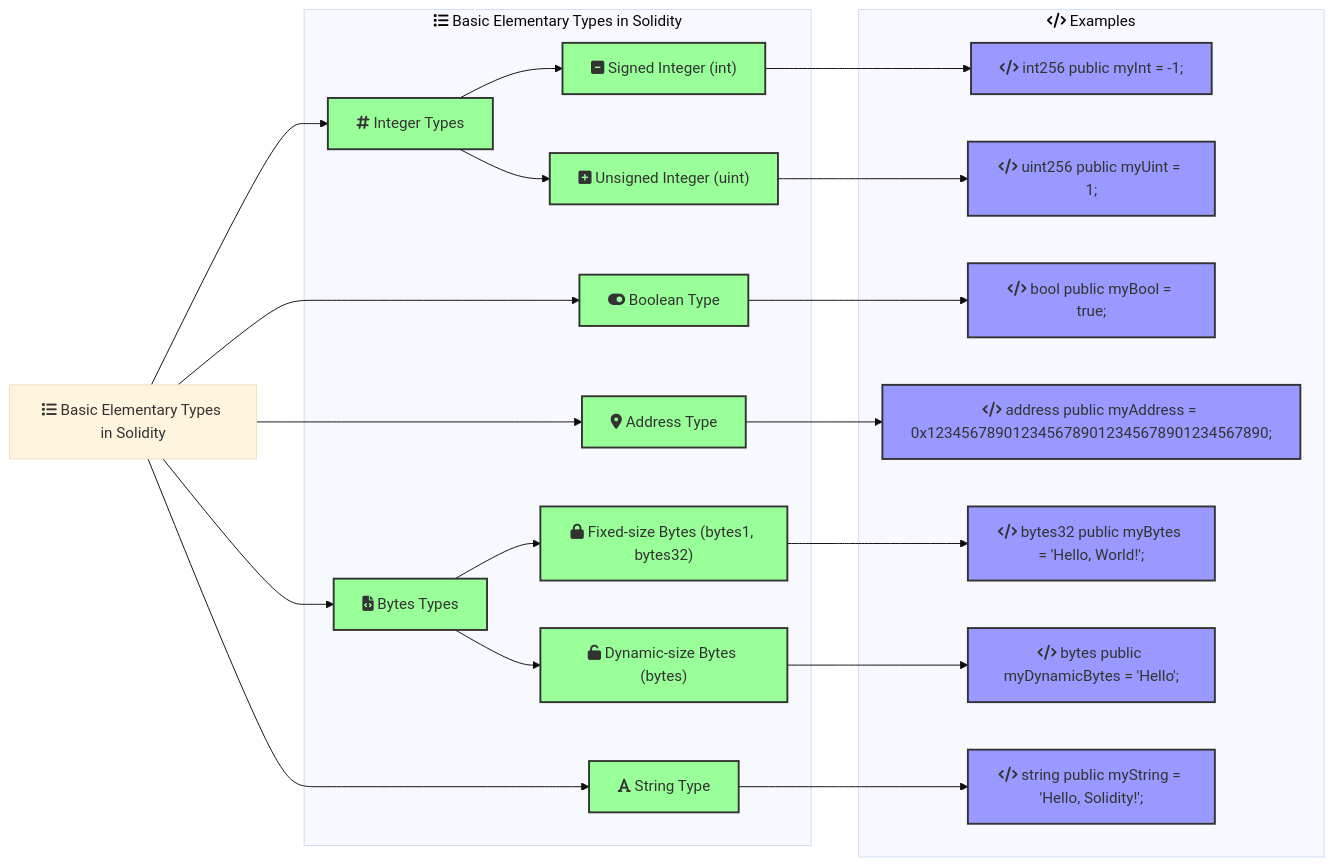
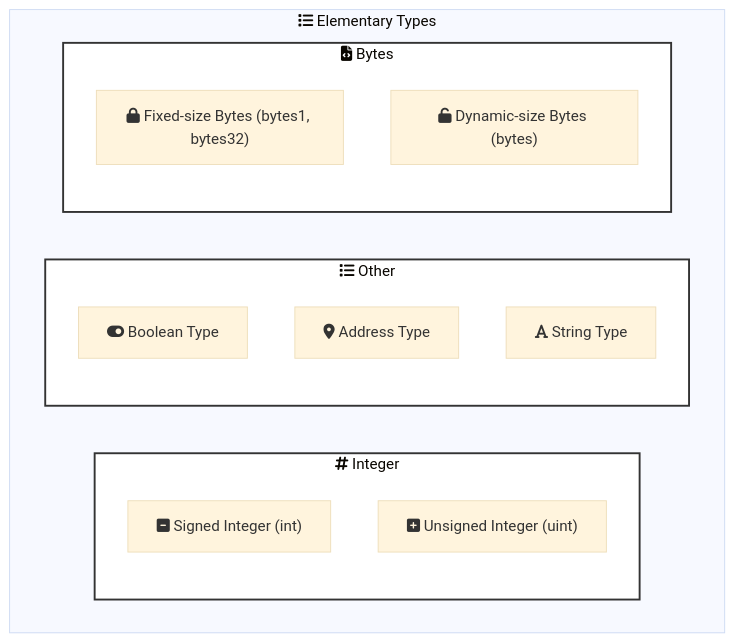
One commit to kelvin-bz/blog changed the third of 13 diagrams in _posts/2024-07-07-introduction-to-solidity.md. Above: the diagram before and after it, drawn with Mermaid (base theme). The commit also changed other lines of this file, not shown here.

Commit message:
Remove redundant text, chapters, make it basic

````diff
--- a/_posts/2024-07-07-introduction-to-solidity.md
+++ b/_posts/2024-07-07-introduction-to-solidity.md
@@ -335,66 +121,35 @@
 ```mermaid
-graph LR
-    classDef type fill:#9f9,stroke:#333,stroke-width:2px;
-    classDef example fill:#99f,stroke:#333,stroke-width:2px;
+graph 
 
-    solidityTypes["fa:fa-list Basic Elementary Types in Solidity"]
     integerTypes["fa:fa-hashtag Integer Types"]:::type
     signedInteger["fa:fa-minus-square Signed Integer (int)"]:::type
     unsignedInteger["fa:fa-plus-square Unsigned Integer (uint)"]:::type
     booleanType["fa:fa-toggle-on Boolean Type"]:::type
     addressType["fa:fa-map-marker-alt Address Type"]:::type
-    bytesTypes["fa:fa-file-code Bytes Types"]:::type
     fixedBytes["fa:fa-lock Fixed-size Bytes (bytes1, bytes32)"]:::type
     dynamicBytes["fa:fa-unlock Dynamic-size Bytes (bytes)"]:::type
     stringType["fa:fa-font String Type"]:::type
 
-    signedIntegerExample["fa:fa-code int256 public myInt = -1;"]:::example
-    unsignedIntegerExample["fa:fa-code uint256 public myUint = 1;"]:::example
-    booleanExample["fa:fa-code bool public myBool = true;"]:::example
-    addressExample["fa:fa-code address public myAddress = 0x1234567890123456789012345678901234567890;"]:::example
-    fixedBytesExample["fa:fa-code bytes32 public myBytes = 'Hello, World!';"]:::example
-    dynamicBytesExample["fa:fa-code bytes public myDynamicBytes = 'Hello';"]:::example
-    stringExample["fa:fa-code string public myString = 'Hello, Solidity!';"]:::example
-
-    solidityTypes --> integerTypes
-    integerTypes --> signedInteger
-    integerTypes --> unsignedInteger
-    solidityTypes --> booleanType
-    solidityTypes --> addressType
-    solidityTypes --> bytesTypes
-    bytesTypes --> fixedBytes
-    bytesTypes --> dynamicBytes
-    solidityTypes --> stringType
-
-    signedInteger --> signedIntegerExample
-    unsignedInteger --> unsignedIntegerExample
-    booleanType --> booleanExample
-    addressType --> addressExample
-    fixedBytes --> fixedBytesExample
-    dynamicBytes --> dynamicBytesExample
-    stringType --> stringExample
-
-    subgraph elementaryTypesStructure["fa:fa-list Basic Elementary Types in Solidity"]
-        integerTypes
-        signedInteger
-        unsignedInteger
-        booleanType
-        addressType
-        bytesTypes
-        fixedBytes
-        dynamicBytes
-        stringType
-    end
-
-    subgraph examples["fa:fa-code Examples"]
-        signedIntegerExample
-        unsignedIntegerExample
-        booleanExample
-        addressExample
-        fixedBytesExample
-        dynamicBytesExample
-        stringExample
+    subgraph elementaryTypesStructure["fa:fa-list Elementary Types"]
+        subgraph integerTypes["fa:fa-hashtag Integer"]
+            style integerTypes fill:#fff,stroke:#333,stroke-width:2px;
+            signedInteger
+            unsignedInteger
+        end
+        subgraph other["fa:fa-list Other"]
+            style other fill:#fff,stroke:#333,stroke-width:2px;
+            booleanType
+            addressType
+            stringType
+        end
+        subgraph bytesTypes["fa:fa-file-code Bytes"]
+            style bytesTypes fill:#fff,stroke:#333,stroke-width:2px;
+            fixedBytes
+            dynamicBytes
+        end
     end
 
 
+
+
 ```
````
